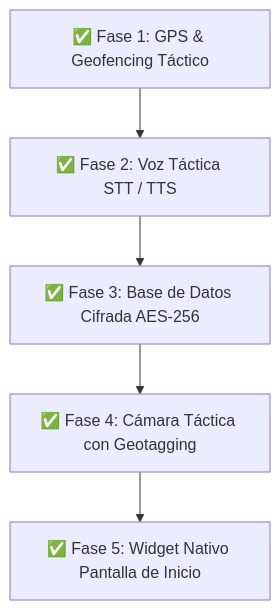
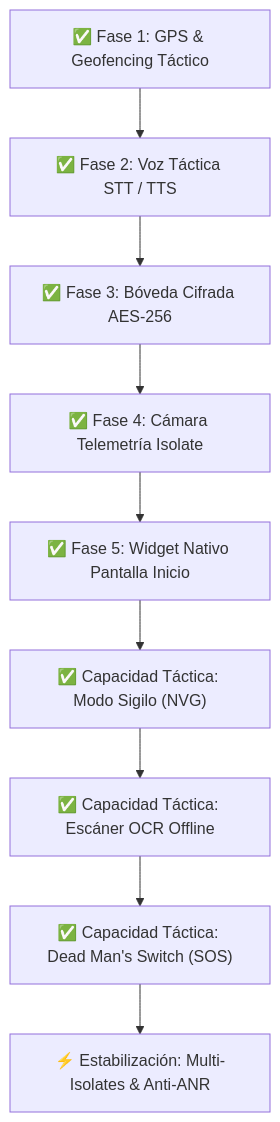
Before and after one commit to zuluetaulianov-eng/cobalto_mobile: the diagram in README.md, drawn with Mermaid. The commit also changed other lines of this file and 11 other files, not shown here.

Commit message:
feat: implement stealth NVG, offline OCR scanner, DeadManSwitch SOS, isolate image processing, and Android stability optimizations

````diff
--- a/README.md
+++ b/README.md
@@ -14,7 +15,11 @@
 ```mermaid
 graph TD
     A["✅ Fase 1: GPS & Geofencing Táctico"] --> B["✅ Fase 2: Voz Táctica STT / TTS"]
-    B --> C["✅ Fase 3: Base de Datos Cifrada AES-256"]
-    C --> D["✅ Fase 4: Cámara Táctica con Geotagging"]
-    D --> E["✅ Fase 5: Widget Nativo Pantalla de Inicio"]
+    B --> C["✅ Fase 3: Bóveda Cifrada AES-256"]
+    C --> D["✅ Fase 4: Cámara Telemetría Isolate"]
+    D --> E["✅ Fase 5: Widget Nativo Pantalla Inicio"]
+    E --> F["✅ Capacidad Táctica: Modo Sigilo (NVG)"]
+    F --> G["✅ Capacidad Táctica: Escáner OCR Offline"]
+    G --> H["✅ Capacidad Táctica: Dead Man's Switch (SOS)"]
+    H --> I["⚡ Estabilización: Multi-Isolates & Anti-ANR"]
 ```
````
